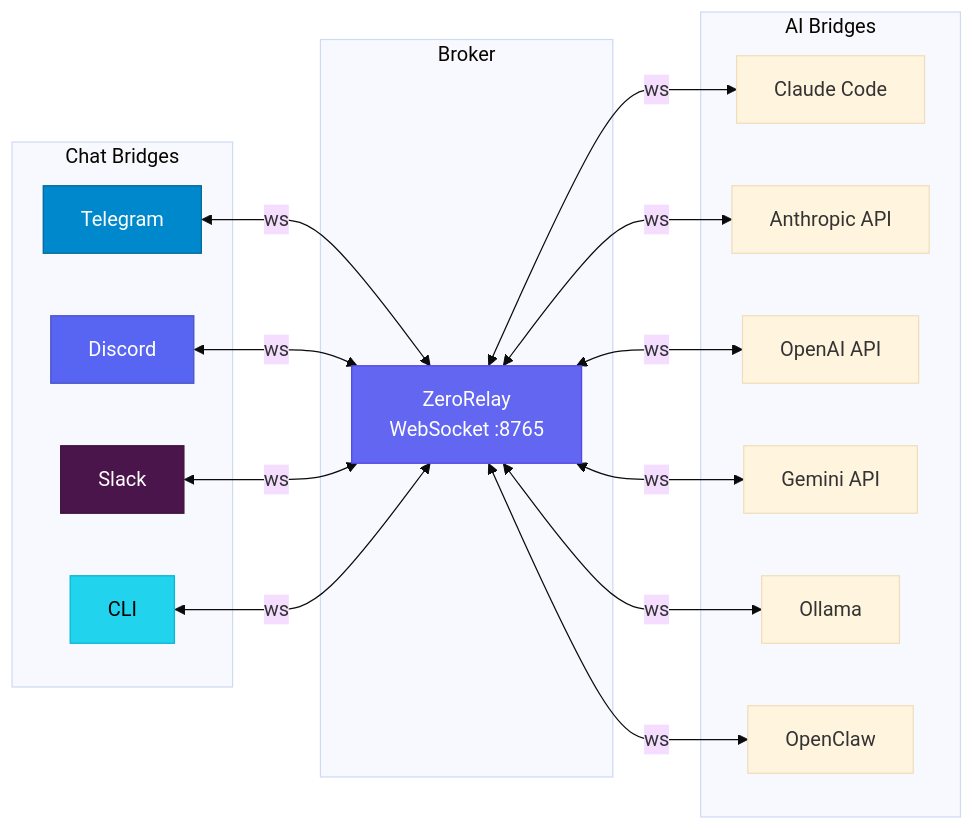
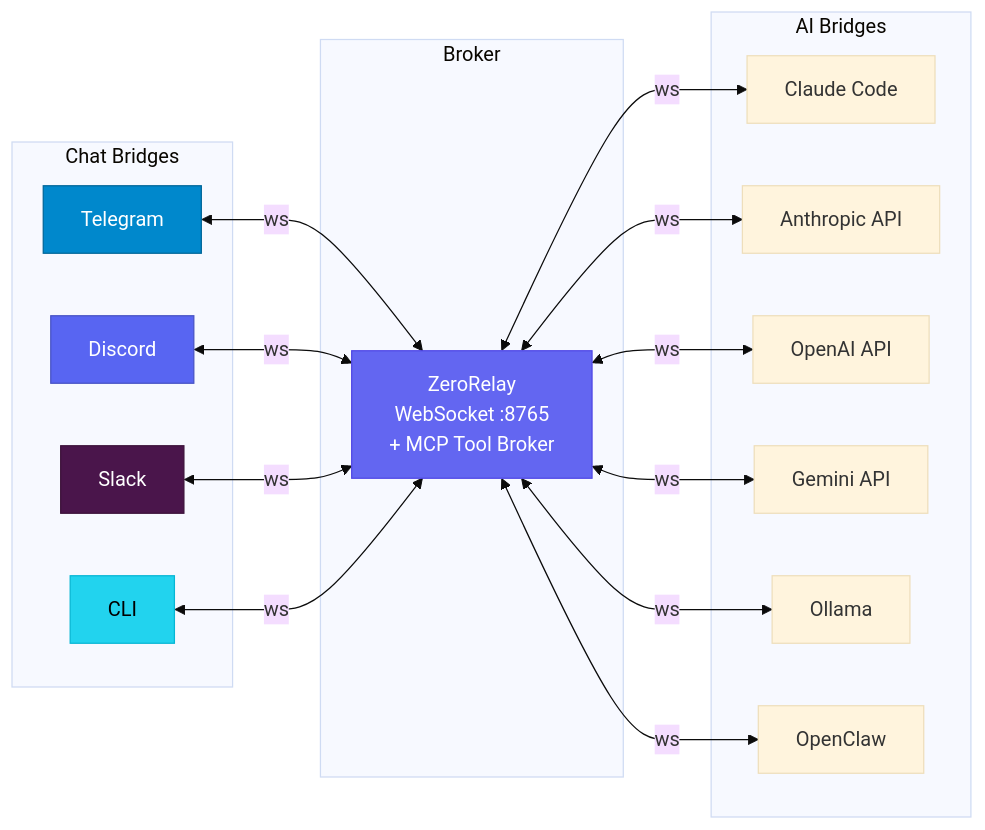
The second of 6 diagrams in README.md (zeroshotstudio/ZeroRelay), drawn with Mermaid (base theme) before and after one commit. The commit also changed other lines of this file, not shown here.

First line of the commit message:
docs: comprehensive README update for MCP Tool Broker

````diff
--- a/README.md
+++ b/README.md
@@ -171,39 +182,39 @@
 ```mermaid
 graph LR
     subgraph Chat Bridges
         TG["Telegram"]
         DC["Discord"]
         SL["Slack"]
         CLI["CLI"]
     end
 
     subgraph Broker
-        R["ZeroRelay<br/>WebSocket :8765"]
+        R["ZeroRelay<br/>WebSocket :8765<br/>+ MCP Tool Broker"]
     end
 
     subgraph AI Bridges
         CC["Claude Code"]
         AN["Anthropic API"]
         OA["OpenAI API"]
         GM["Gemini API"]
         OL["Ollama"]
         OC["OpenClaw"]
     end
 
     TG <-->|ws| R
     DC <-->|ws| R
     SL <-->|ws| R
     CLI <-->|ws| R
     R <-->|ws| CC
     R <-->|ws| AN
     R <-->|ws| OA
     R <-->|ws| GM
     R <-->|ws| OL
     R <-->|ws| OC
 
     style R fill:#6366f1,stroke:#4f46e5,color:#fff
     style TG fill:#0088cc,stroke:#006699,color:#fff
     style DC fill:#5865F2,stroke:#4752C4,color:#fff
     style SL fill:#4A154B,stroke:#3B1139,color:#fff
     style CLI fill:#22d3ee,stroke:#06b6d4,color:#000
 ```
````
